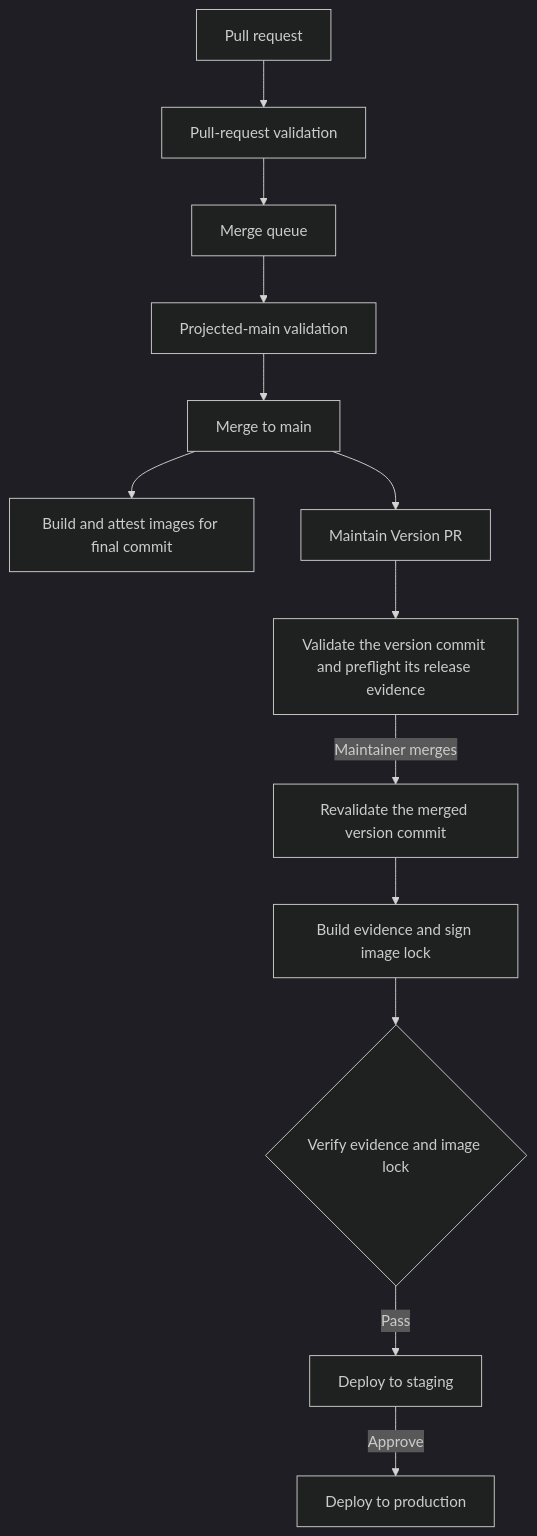
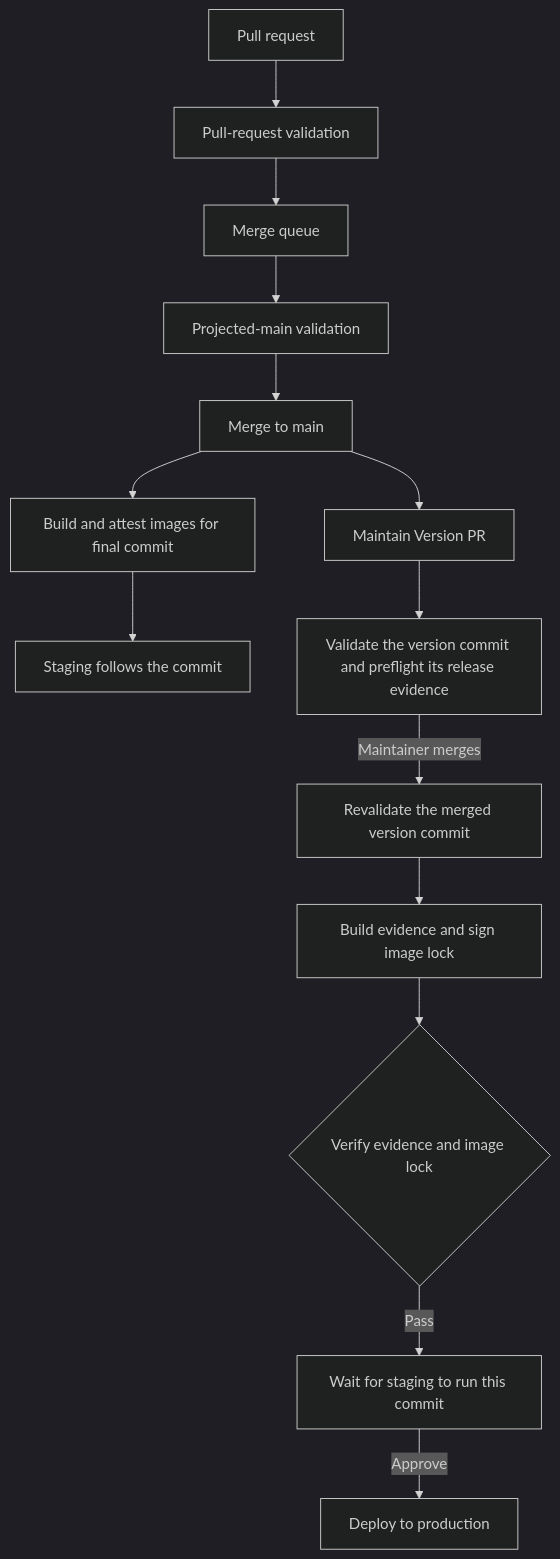
The diagram in docs/contributor/ci-cd.mdx (ls1intum/Hephaestus), drawn with Mermaid (dark theme) before and after one commit. The commit also changed other lines of this file and 30 other files, not shown here.

First line of the commit message:
refactor(ci): promotion, smoke lock and staging wait become tested scripts

````diff
--- a/docs/contributor/ci-cd.mdx
+++ b/docs/contributor/ci-cd.mdx
@@ -16,17 +17,18 @@
 ```mermaid
 flowchart TD
     accTitle: Pull request delivery pipeline
-    accDescr: Pull-request and merge-group validation protect main; final-SHA images become signed releases that deploy to staging before production approval.
+    accDescr: Pull-request and merge-group validation protect main; staging follows every main commit, and final-SHA images become signed releases that deploy to production after approval.
     PR[Pull request] --> PRCI[Pull-request validation]
     PRCI --> Queue[Merge queue]
     Queue --> MG[Projected-main validation]
     MG --> Main[Merge to main]
     Main --> Images[Build and attest images for final commit]
+    Images --> Staging[Staging follows the commit]
     Main --> VP[Maintain Version PR]
     VP --> VPCI[Validate the version commit and preflight its release evidence]
     VPCI -->|Maintainer merges| ReleaseCI[Revalidate the merged version commit]
     ReleaseCI --> Evidence[Build evidence and sign image lock]
     Evidence --> Verify{Verify evidence and image lock}
-    Verify -->|Pass| Staging[Deploy to staging]
-    Staging -->|Approve| Prod[Deploy to production]
+    Verify -->|Pass| Await[Wait for staging to run this commit]
+    Await -->|Approve| Prod[Deploy to production]
 ```
````
